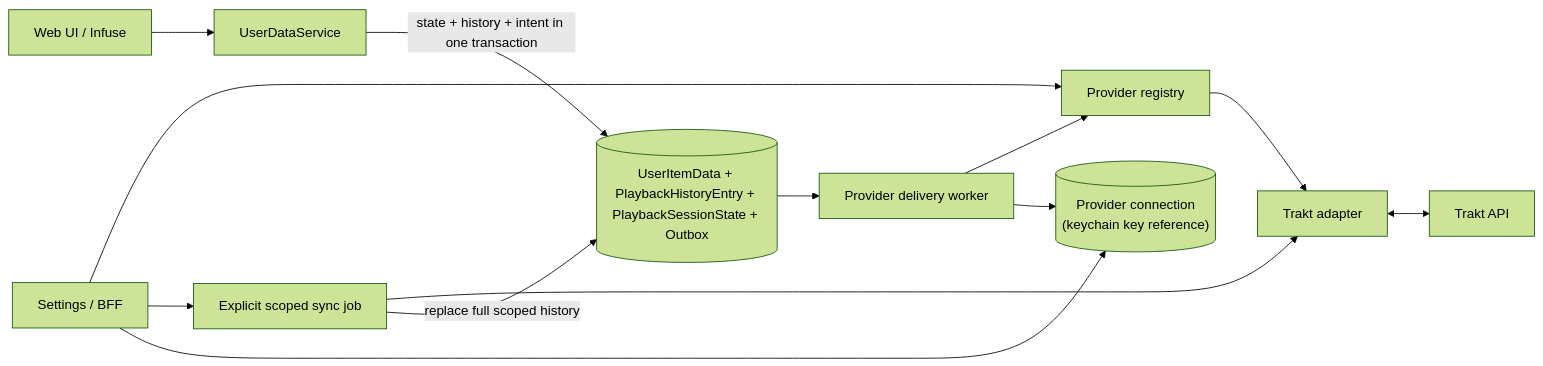
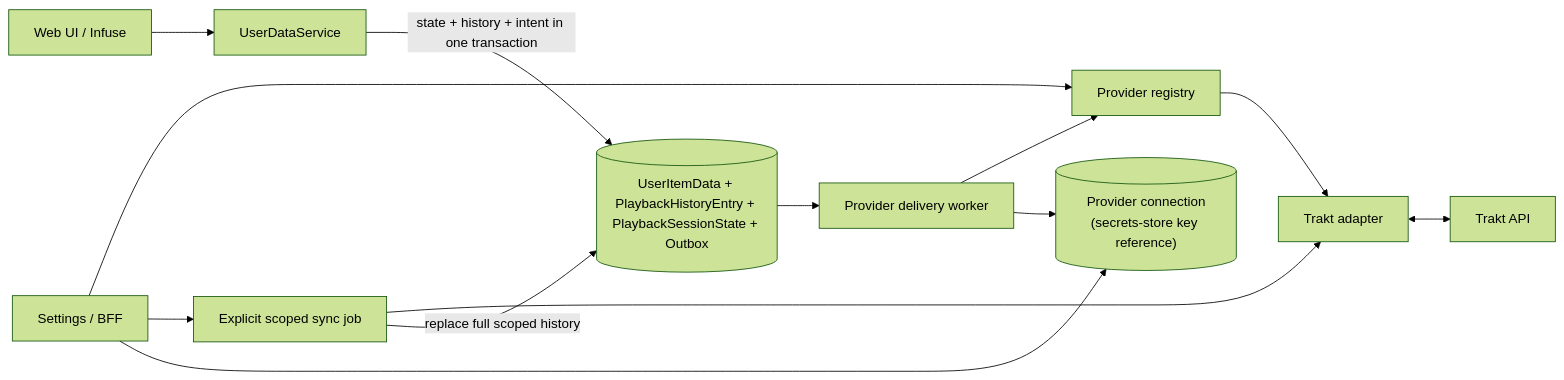
The diagram in docs/planning/trakt-watched-state-sync.md (alex-de-haas/media-server), drawn with Mermaid (forest theme) before and after one commit. The commit also changed other lines of this file and 1 other file, not shown here.

First line of the commit message:
docs(trakt): delete authorization secrets and settle on one name for the store

````diff
--- a/docs/planning/trakt-watched-state-sync.md
+++ b/docs/planning/trakt-watched-state-sync.md
@@ -716,15 +730,15 @@
 ```mermaid
 flowchart LR
   PLAYER["Web UI / Infuse"] --> UDS["UserDataService"]
   UDS -->|"state + history + intent in one transaction"| LOCAL[("UserItemData + PlaybackHistoryEntry + PlaybackSessionState + Outbox")]
   OUTBOX["Provider delivery worker"] --> REGISTRY["Provider registry"]
   LOCAL --> OUTBOX
   REGISTRY --> TRAKT_ADAPTER["Trakt adapter"]
   TRAKT_ADAPTER <--> TRAKT["Trakt API"]
   SETTINGS["Settings / BFF"] --> REGISTRY
   SETTINGS --> SYNC["Explicit scoped sync job"]
   SYNC --> TRAKT_ADAPTER
   SYNC -->|"replace full scoped history"| LOCAL
-  SETTINGS --> CONNECTION[("Provider connection<br/>(keychain key reference)")]
+  SETTINGS --> CONNECTION[("Provider connection<br/>(secrets-store key reference)")]
   OUTBOX --> CONNECTION
 ```
````
